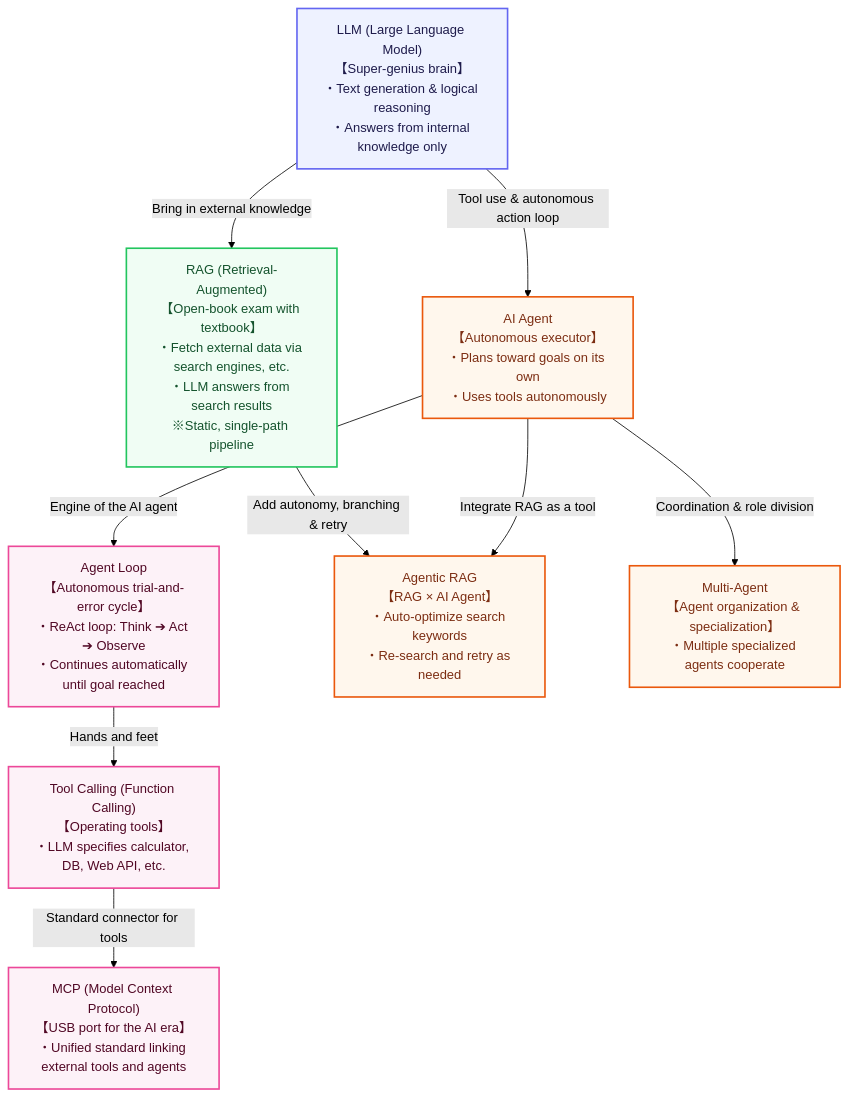
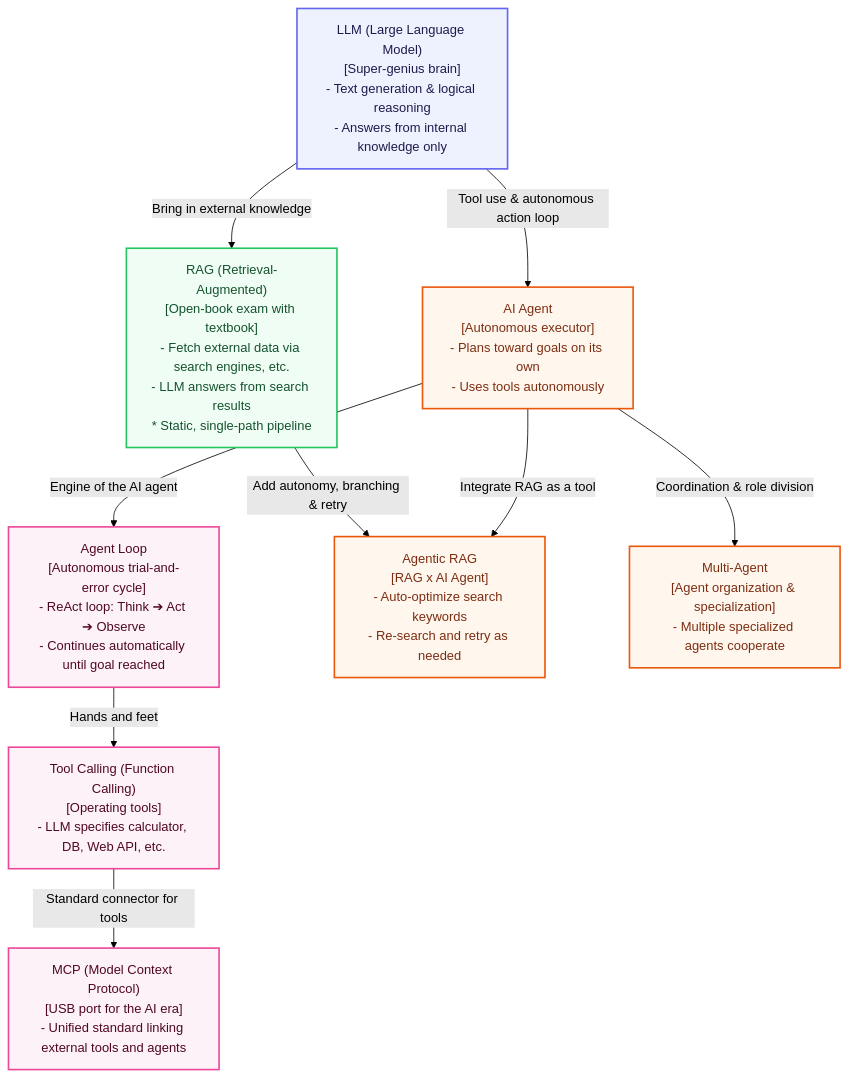
One commit to ydo-kimura/build-to-learn-ai changed the diagram in en/curriculum/unit22_llm_evolution/index.md. Above: the diagram before and after it, drawn with Mermaid (forest theme). The commit also changed other lines of this file and 38 other files, not shown here.

````diff
--- a/en/curriculum/unit22_llm_evolution/index.md
+++ b/en/curriculum/unit22_llm_evolution/index.md
@@ -17,24 +17,24 @@
 ```mermaid
 graph TD
     classDef main fill:#eef2ff,stroke:#6366f1,stroke-width:2px,color:#1e1b4b;
     classDef sub fill:#f0fdf4,stroke:#22c55e,stroke-width:2px,color:#14532d;
     classDef highlight fill:#fff7ed,stroke:#ea580c,stroke-width:2px,color:#7c2d12;
     classDef loop fill:#fdf2f8,stroke:#ec4899,stroke-width:2px,color:#500724;
 
-    A["LLM (Large Language Model)<br>【Super-genius brain】<br>・Text generation & logical reasoning<br>・Answers from internal knowledge only"]:::main
+    A["LLM (Large Language Model)<br>[Super-genius brain]<br>- Text generation & logical reasoning<br>- Answers from internal knowledge only"]:::main
     
-    A -->|Bring in external knowledge| B["RAG (Retrieval-Augmented)<br>【Open-book exam with textbook】<br>・Fetch external data via search engines, etc.<br>・LLM answers from search results<br>※Static, single-path pipeline"]:::sub
+    A -->|Bring in external knowledge| B["RAG (Retrieval-Augmented)<br>[Open-book exam with textbook]<br>- Fetch external data via search engines, etc.<br>- LLM answers from search results<br>* Static, single-path pipeline"]:::sub
     
-    A -->|Tool use & autonomous action loop| C["AI Agent<br>【Autonomous executor】<br>・Plans toward goals on its own<br>・Uses tools autonomously"]:::highlight
+    A -->|Tool use & autonomous action loop| C["AI Agent<br>[Autonomous executor]<br>- Plans toward goals on its own<br>- Uses tools autonomously"]:::highlight
     
-    C -->|Engine of the AI agent| CL["Agent Loop<br>【Autonomous trial-and-error cycle】<br>・ReAct loop: Think ➔ Act ➔ Observe<br>・Continues automatically until goal reached"]:::loop
+    C -->|Engine of the AI agent| CL["Agent Loop<br>[Autonomous trial-and-error cycle]<br>- ReAct loop: Think ➔ Act ➔ Observe<br>- Continues automatically until goal reached"]:::loop
     
-    CL -->|Hands and feet| TC["Tool Calling (Function Calling)<br>【Operating tools】<br>・LLM specifies calculator, DB, Web API, etc."]:::loop
+    CL -->|Hands and feet| TC["Tool Calling (Function Calling)<br>[Operating tools]<br>- LLM specifies calculator, DB, Web API, etc."]:::loop
     
-    TC -->|Standard connector for tools| MCP["MCP (Model Context Protocol)<br>【USB port for the AI era】<br>・Unified standard linking external tools and agents"]:::loop
+    TC -->|Standard connector for tools| MCP["MCP (Model Context Protocol)<br>[USB port for the AI era]<br>- Unified standard linking external tools and agents"]:::loop
 
-    B -->|Add autonomy, branching & retry| D["Agentic RAG<br>【RAG × AI Agent】<br>・Auto-optimize search keywords<br>・Re-search and retry as needed"]:::highlight
+    B -->|Add autonomy, branching & retry| D["Agentic RAG<br>[RAG x AI Agent]<br>- Auto-optimize search keywords<br>- Re-search and retry as needed"]:::highlight
     C -->|Integrate RAG as a tool| D
     
-    C -->|Coordination & role division| MA["Multi-Agent<br>【Agent organization & specialization】<br>・Multiple specialized agents cooperate"]:::highlight
+    C -->|Coordination & role division| MA["Multi-Agent<br>[Agent organization & specialization]<br>- Multiple specialized agents cooperate"]:::highlight
 ```
````
